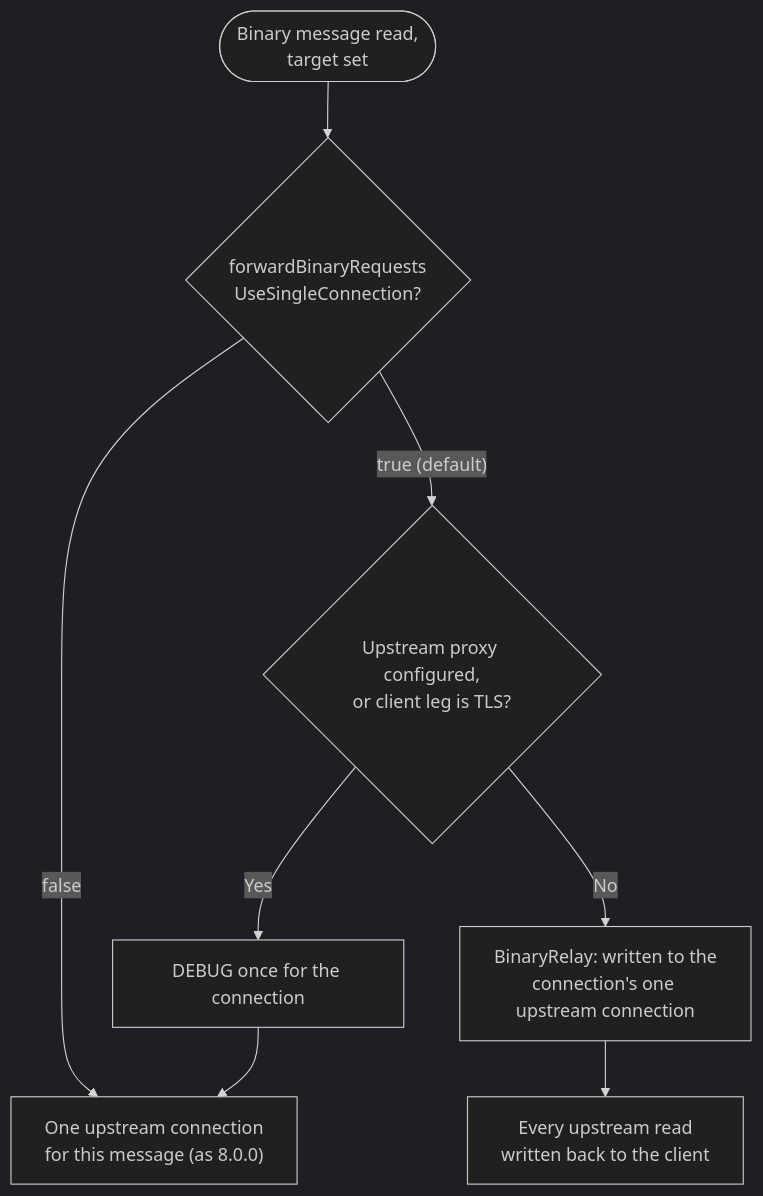
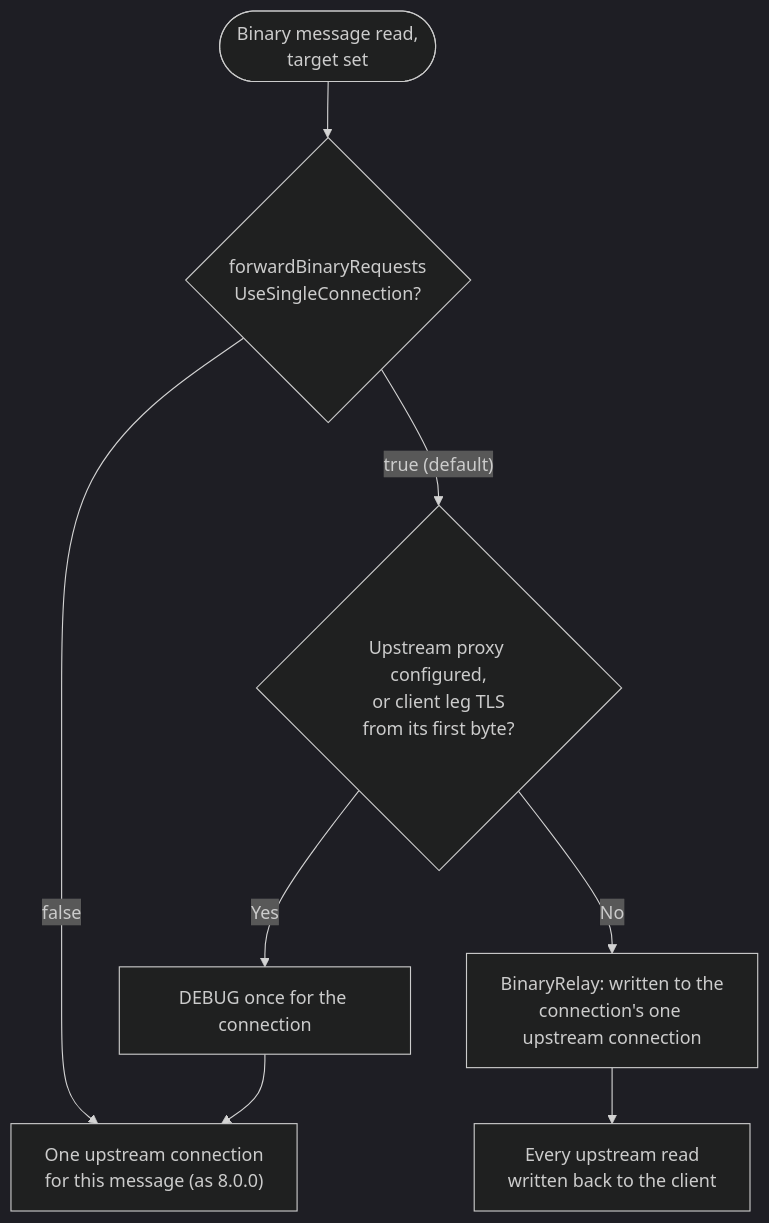
Before and after one commit to inspire12/mockserver: diagram 29 of 32 in docs/code/netty-pipeline.md, drawn with Mermaid (dark theme). The commit also changed other lines of this file and 27 other files, not shown here.

````diff
--- a/docs/code/netty-pipeline.md
+++ b/docs/code/netty-pipeline.md
@@ -2318,15 +2318,16 @@
 ```mermaid
 flowchart TD
     MSG(["Binary message read,
 target set"]) --> ON{"forwardBinaryRequests
 UseSingleConnection?"}
     ON -->|"false"| PER["One upstream connection
 for this message (as 8.0.0)"]
     ON -->|"true (default)"| WHY{"Upstream proxy configured,
-or client leg is TLS?"}
+or client leg TLS
+from its first byte?"}
     WHY -->|"Yes"| DEBUG["DEBUG once for the connection"] --> PER
     WHY -->|"No"| RELAY["BinaryRelay: written to the
 connection's one upstream connection"]
     RELAY --> BACK["Every upstream read
 written back to the client"]
 ```
````
